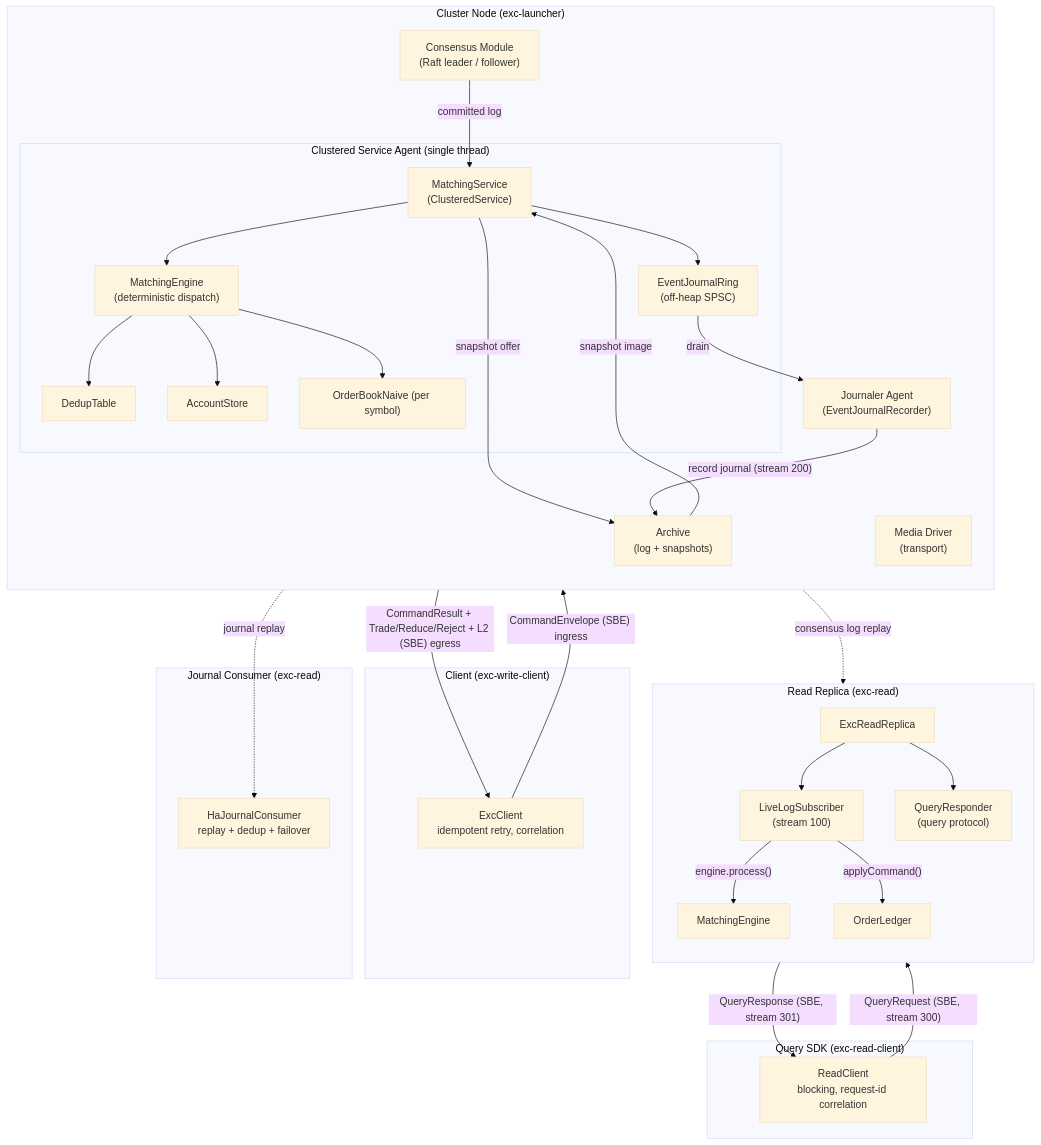
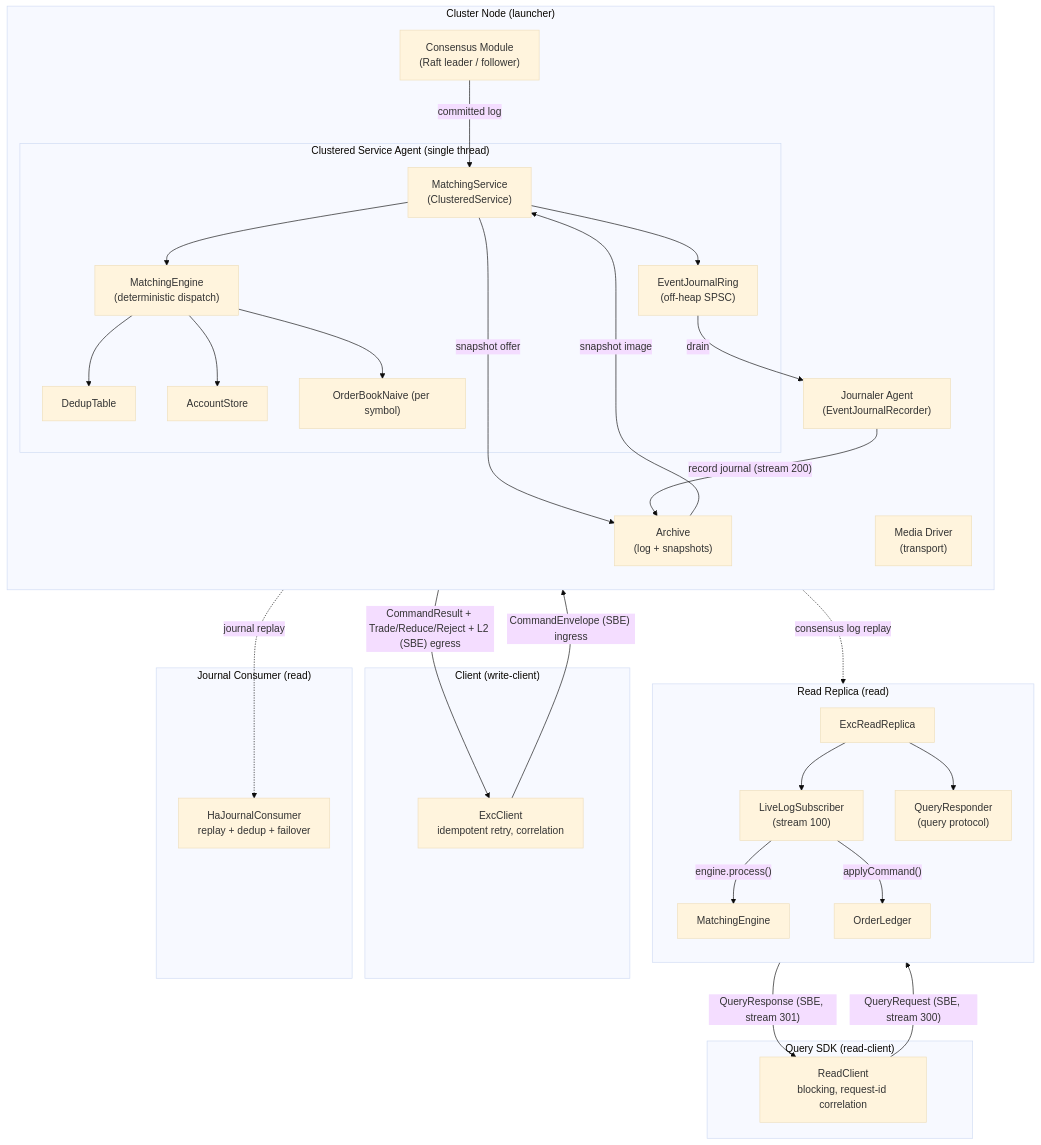
The first of 10 diagrams in docs/ARCHITECTURE.md (brianpht/excoredum), drawn with Mermaid (base theme) before and after one commit. The commit also changed other lines of this file and 490 other files, not shown here.

````diff
--- a/docs/ARCHITECTURE.md
+++ b/docs/ARCHITECTURE.md
@@ -217,60 +217,60 @@
 ```mermaid
 flowchart TB
-    subgraph CLIENTSIDE["Client (exc-write-client)"]
+    subgraph CLIENTSIDE["Client (write-client)"]
         CLIENT["ExcClient\nidempotent retry, correlation"]
     end
 
-    subgraph NODE["Cluster Node (exc-launcher)"]
+    subgraph NODE["Cluster Node (launcher)"]
         direction TB
         MD["Media Driver\n(transport)"]
         CM["Consensus Module\n(Raft leader / follower)"]
         AR["Archive\n(log + snapshots)"]
         subgraph SC["Clustered Service Agent (single thread)"]
             MS["MatchingService\n(ClusteredService)"]
             ME["MatchingEngine\n(deterministic dispatch)"]
             DT["DedupTable"]
             AC["AccountStore"]
             OB["OrderBookNaive (per symbol)"]
             RING["EventJournalRing\n(off-heap SPSC)"]
             MS --> ME
             ME --> DT
             ME --> AC
             ME --> OB
             MS --> RING
         end
         JR["Journaler Agent\n(EventJournalRecorder)"]
         CM -->|" committed log "| MS
         MS -->|" snapshot offer "| AR
         AR -->|" snapshot image "| MS
         RING -->|" drain "| JR
         JR -->|" record journal (stream 200) "| AR
     end
 
-    subgraph JCON["Journal Consumer (exc-read)"]
+    subgraph JCON["Journal Consumer (read)"]
         HJC["HaJournalConsumer\nreplay + dedup + failover"]
     end
 
-    subgraph READ["Read Replica (exc-read)"]
+    subgraph READ["Read Replica (read)"]
         direction TB
         RR["ExcReadReplica"]
         LLS["LiveLogSubscriber\n(stream 100)"]
         ME2["MatchingEngine"]
         LED["OrderLedger"]
         QR["QueryResponder\n(query protocol)"]
         LLS -->|" engine.process() "| ME2
         LLS -->|" applyCommand() "| LED
         RR --> LLS
         RR --> QR
     end
 
-    subgraph READCLIENT["Query SDK (exc-read-client)"]
+    subgraph READCLIENT["Query SDK (read-client)"]
         RC["ReadClient\nblocking, request-id correlation"]
     end
 
     CLIENT -->|" CommandEnvelope (SBE) ingress "| CM
     MS -->|" CommandResult + Trade/Reduce/Reject + L2 (SBE) egress "| CLIENT
     AR -.->|" consensus log replay "| LLS
     AR -.->|" journal replay "| HJC
     RC -->|" QueryRequest (SBE, stream 300) "| QR
     QR -->|" QueryResponse (SBE, stream 301) "| RC
 ```
````
